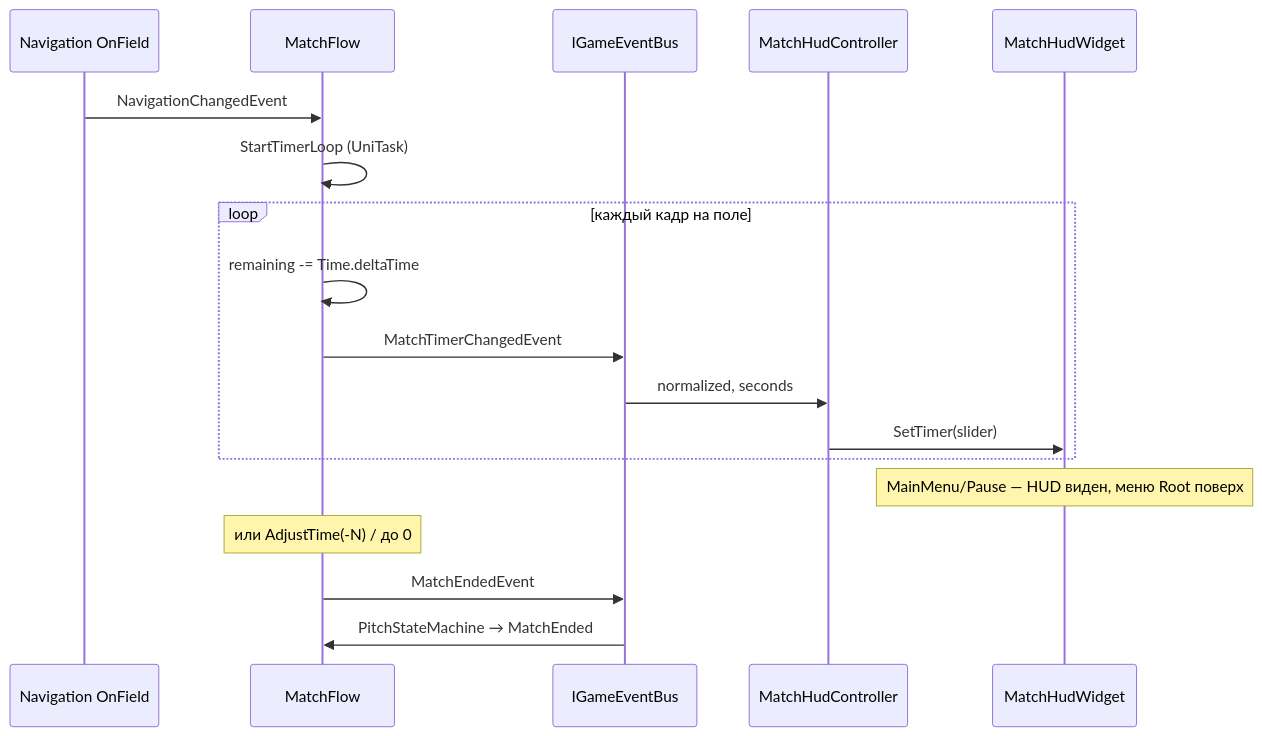
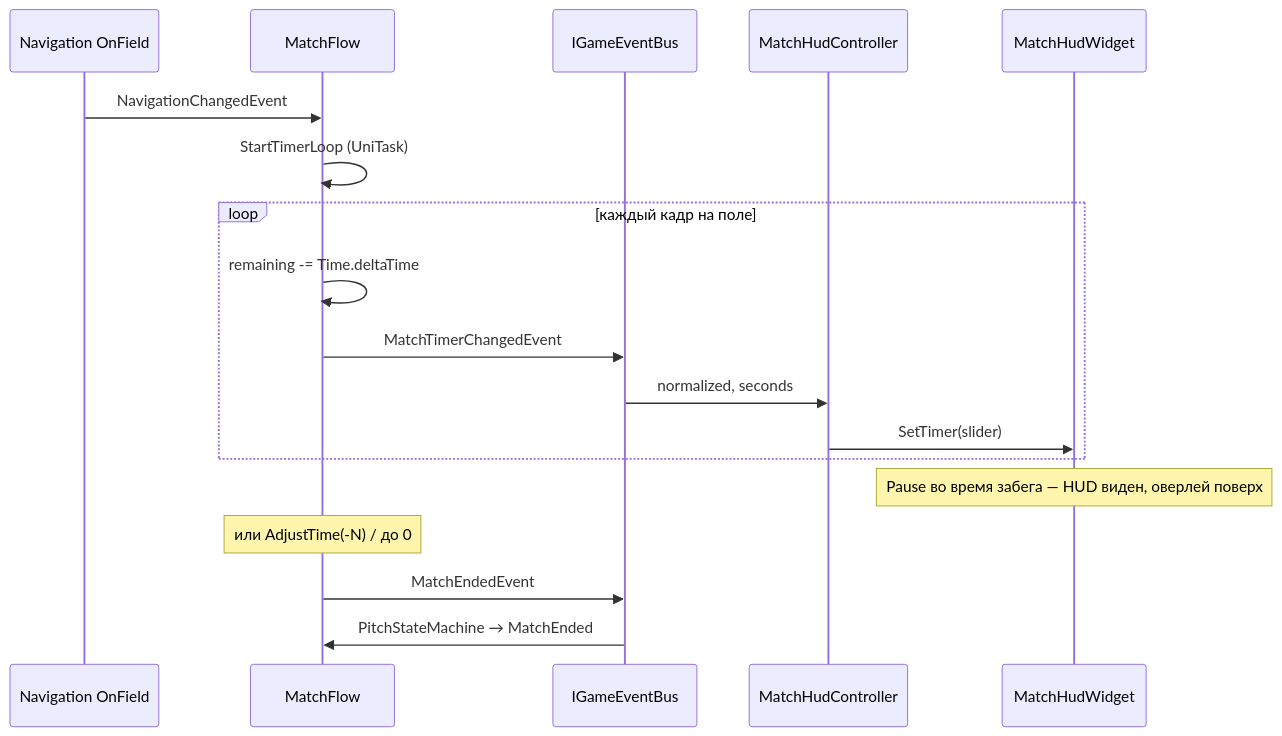
The first of 4 diagrams in Wiki/FutboloidWiki/Архитектура/MatchFlow и таймер.md (DeployChef/Futboloid), drawn with Mermaid before and after one commit. The commit also changed other lines of this file and 4 other files, not shown here.

````diff
--- a/Wiki/FutboloidWiki/Архитектура/MatchFlow и таймер.md
+++ b/Wiki/FutboloidWiki/Архитектура/MatchFlow и таймер.md
@@ -51,24 +51,24 @@
 ```mermaid
 sequenceDiagram
     participant Nav as Navigation OnField
     participant MF as MatchFlow
     participant Bus as IGameEventBus
     participant Ctrl as MatchHudController
     participant HUD as MatchHudWidget
 
     Nav->>MF: NavigationChangedEvent
     MF->>MF: StartTimerLoop (UniTask)
 
     loop каждый кадр на поле
         MF->>MF: remaining -= Time.deltaTime
         MF->>Bus: MatchTimerChangedEvent
         Bus->>Ctrl: normalized, seconds
         Ctrl->>HUD: SetTimer(slider)
     end
 
-    Note over HUD: MainMenu/Pause — HUD виден, меню Root поверх
+    Note over HUD: Pause во время забега — HUD виден, оверлей поверх
 
     Note over MF: или AdjustTime(-N) / до 0
     MF->>Bus: MatchEndedEvent
     Bus->>MF: PitchStateMachine → MatchEnded
 ```
````
